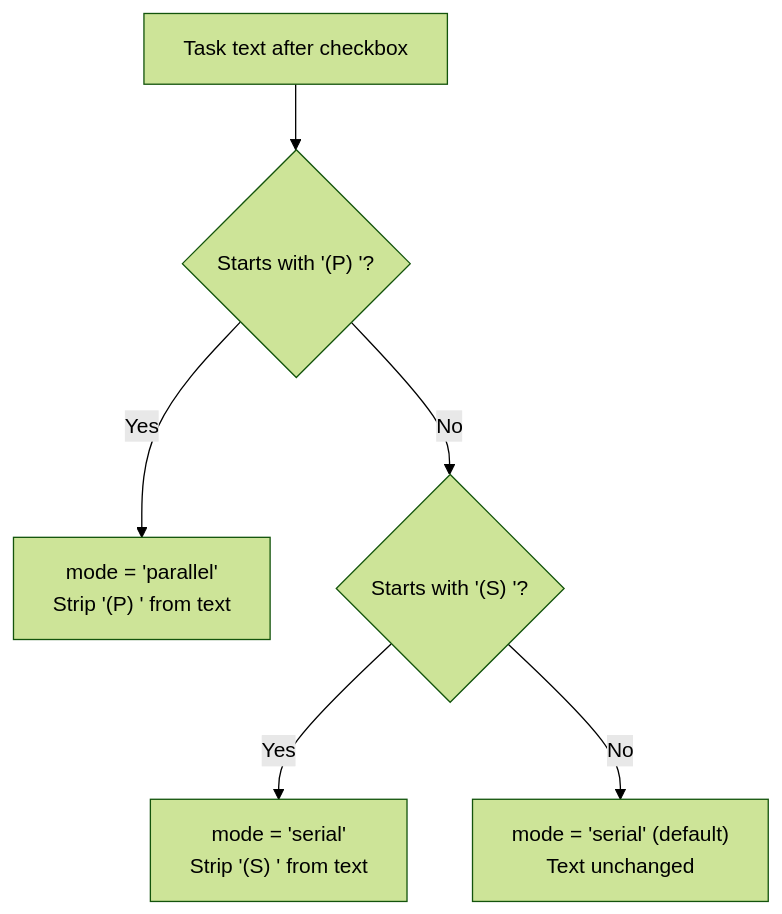
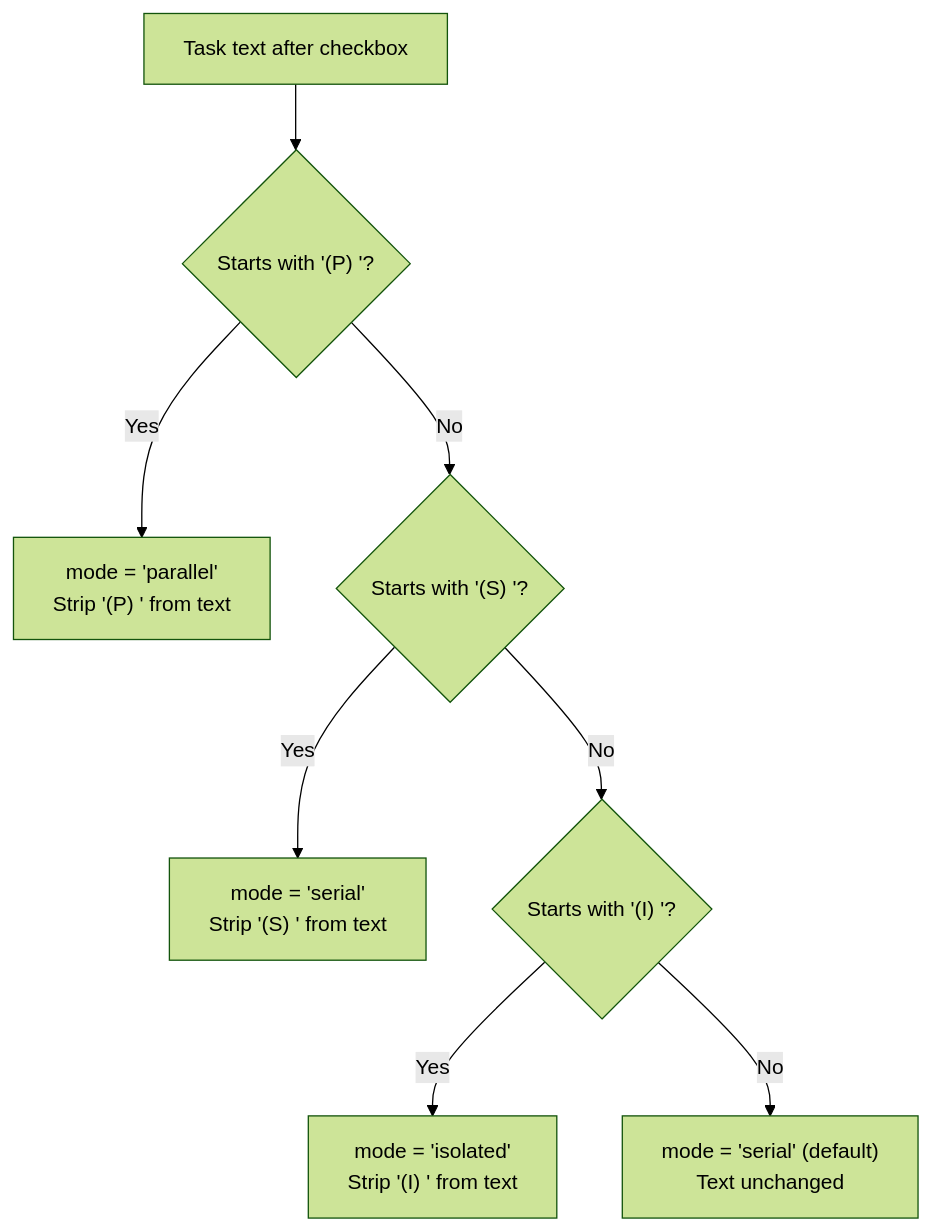
One commit to PatrickRuddiman/Dispatch changed the first of 2 diagrams in docs/testing/parser-tests.md. Above: the diagram before and after it, drawn with Mermaid (forest theme). The commit also changed other lines of this file and 51 other files, not shown here.

````diff
--- a/docs/testing/parser-tests.md
+++ b/docs/testing/parser-tests.md
@@ -82,8 +82,10 @@
 ```mermaid
 flowchart TD
     A["Task text after checkbox"] --> B{"Starts with '(P) '?"}
     B -->|Yes| C["mode = 'parallel'<br/>Strip '(P) ' from text"]
     B -->|No| D{"Starts with '(S) '?"}
     D -->|Yes| E["mode = 'serial'<br/>Strip '(S) ' from text"]
-    D -->|No| F["mode = 'serial' (default)<br/>Text unchanged"]
+    D -->|No| F{"Starts with '(I) '?"}
+    F -->|Yes| G["mode = 'isolated'<br/>Strip '(I) ' from text"]
+    F -->|No| H["mode = 'serial' (default)<br/>Text unchanged"]
 ```
````
